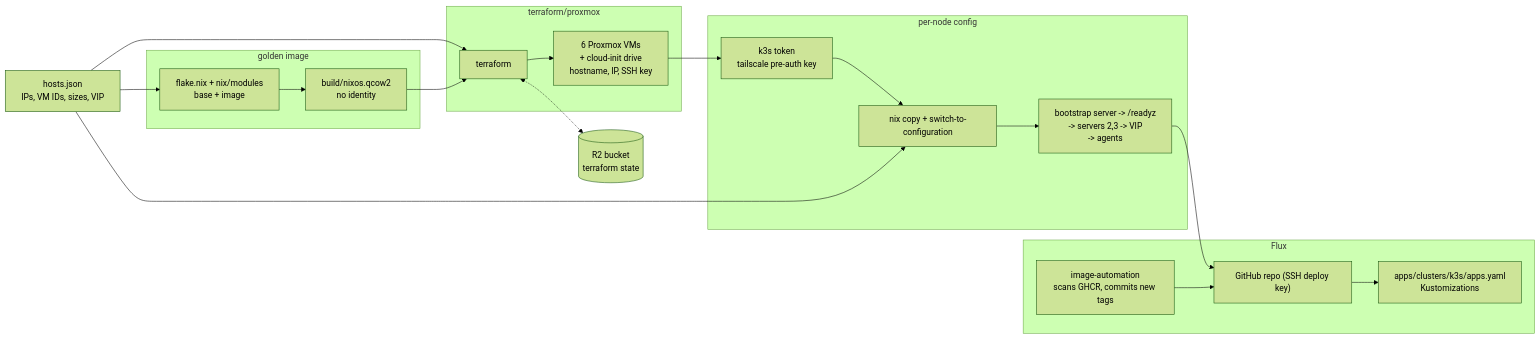
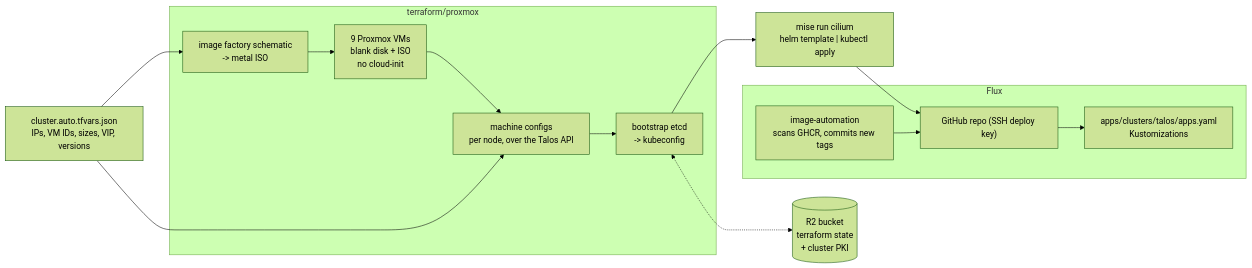
Before and after one commit to alexraskin/infrastructure: the first of 2 diagrams in README.md, drawn with Mermaid (forest theme). The commit also changed other lines of this file and 55 other files, not shown here.

Commit message:
talos: replace k3s on nixos

````diff
--- a/README.md
+++ b/README.md
@@ -34,38 +35,28 @@
 ```mermaid
 flowchart LR
-    HJ["hosts.json<br/>IPs, VM IDs, sizes, VIP"]
+    HJ["cluster.auto.tfvars.json<br/>IPs, VM IDs, sizes, VIP, versions"]
 
-    subgraph build["golden image"]
-        FLAKE["flake.nix + nix/modules<br/>base + image"]
-        QCOW["build/nixos.qcow2<br/>no identity"]
+    subgraph tf["terraform/proxmox"]
+        FAC["image factory schematic<br/>-> metal ISO"]
+        VMS["9 Proxmox VMs<br/>blank disk + ISO<br/>no cloud-init"]
+        MC["machine configs<br/>per node, over the Talos API"]
+        BOOT["bootstrap etcd<br/>-> kubeconfig"]
     end
 
-    subgraph tf["terraform/proxmox"]
-        TFP["terraform"]
-        VMS["6 Proxmox VMs<br/>+ cloud-init drive<br/>hostname, IP, SSH key"]
-    end
-
-    subgraph dep["per-node config"]
-        SEC["k3s token<br/>tailscale pre-auth key"]
-        DN["nix copy + switch-to-configuration"]
-        ORDER["bootstrap server -> /readyz<br/>-> servers 2,3 -> VIP<br/>-> agents"]
-    end
+    CIL["mise run cilium<br/>helm template | kubectl apply"]
 
     subgraph gitops["Flux"]
         REPO["GitHub repo (SSH deploy key)"]
-        KS["apps/clusters/k3s/apps.yaml<br/>Kustomizations"]
+        KS["apps/clusters/talos/apps.yaml<br/>Kustomizations"]
         IAC["image-automation<br/>scans GHCR, commits new tags"]
     end
 
-    R2S[("R2 bucket<br/>terraform state")]
+    R2S[("R2 bucket<br/>terraform state<br/>+ cluster PKI")]
 
-    HJ --> FLAKE
-    HJ --> TFP
-    FLAKE --> QCOW --> TFP --> VMS
-    TFP <-.-> R2S
-    VMS --> SEC --> DN --> ORDER
-    HJ --> DN
-    ORDER --> REPO
+    HJ --> FAC --> VMS --> MC --> BOOT
+    HJ --> MC
+    BOOT <-.-> R2S
+    BOOT --> CIL --> REPO
     REPO --> KS
     IAC --> REPO
 ```
````
